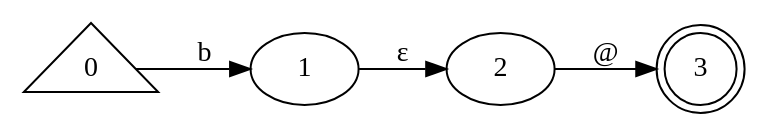
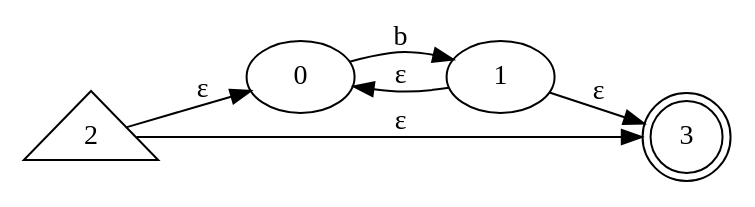
One commit to guillermoSb/UVG_Compis1_Lab changed the diagram in automaton.gv. Above: the diagram before and after it, drawn with Graphviz. The commit also changed 4 other files, not shown here.

```diff
--- a/automaton.gv
+++ b/automaton.gv
@@ -1,10 +1,12 @@
 digraph {
 	graph [rankdir=LR]
-	0 [shape=triangle]
+	0
 	1
-	2
+	2 [shape=triangle]
 	3 [shape=doublecircle]
 	0 -> 1 [label=b]
-	1 -> 2 [label="ε"]
-	2 -> 3 [label="@"]
+	1 -> 0 [label="ε"]
+	1 -> 3 [label="ε"]
+	2 -> 0 [label="ε"]
+	2 -> 3 [label="ε"]
 }
```
